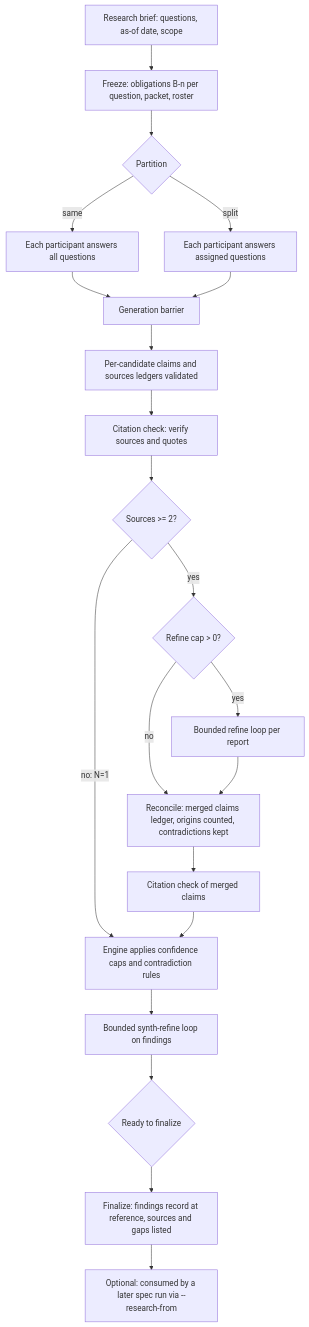
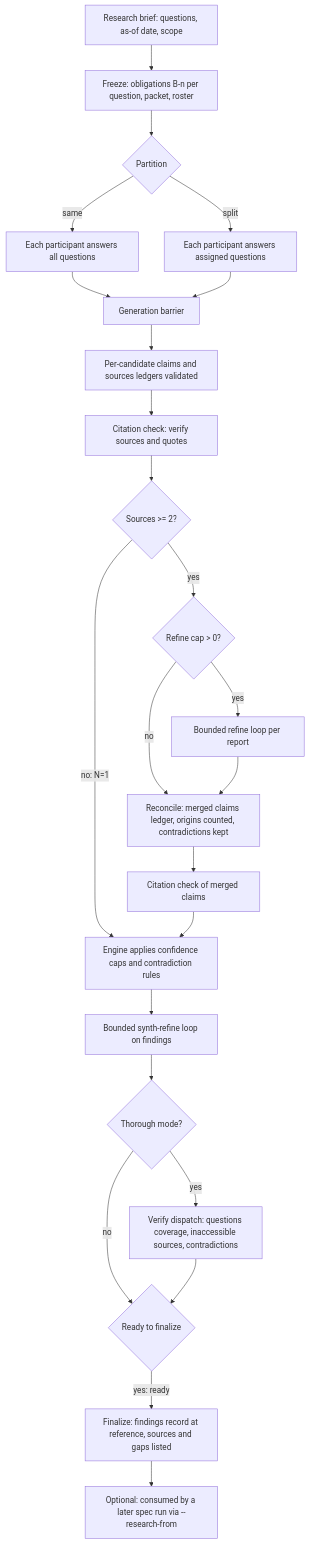
One commit to fariello/agent-workflows changed the third of 4 diagrams in .aw/records/specs/draft/20261024-specflow-03-yfz5u9-spec-research-synthesis.spec.md. Above: the diagram before and after it, drawn with Mermaid. The commit also changed other lines of this file and 1 other file, not shown here.

First line of the commit message:
docs(specs): refinement iteration 6 of candidate spec yfz5u9 (prompt khjc70; record yibf7z)

````diff
--- a/.aw/records/specs/draft/20261024-specflow-03-yfz5u9-spec-research-synthesis.spec.md
+++ b/.aw/records/specs/draft/20261024-specflow-03-yfz5u9-spec-research-synthesis.spec.md
@@ -1187,23 +1190,26 @@
 ```mermaid
 flowchart TD
     Q[Research brief: questions, as-of date, scope] --> F[Freeze: obligations B-n per question, packet, roster]
     F --> P{Partition}
     P -- same --> G1[Each participant answers all questions]
     P -- split --> G2[Each participant answers assigned questions]
     G1 --> B[Generation barrier]
     G2 --> B
     B --> CL[Per-candidate claims and sources ledgers validated]
     CL --> CC1[Citation check: verify sources and quotes]
     CC1 --> N{Sources >= 2?}
     N -- "no: N=1" --> CF
     N -- "yes" --> R{Refine cap > 0?}
     R -- yes --> RL[Bounded refine loop per report]
     R -- no --> S
     RL --> S[Reconcile: merged claims ledger, origins counted, contradictions kept]
     S --> CC2[Citation check of merged claims]
     CC2 --> CF[Engine applies confidence caps and contradiction rules]
     CF --> SR[Bounded synth-refine loop on findings]
-    SR --> D{Ready to finalize}
-    D --> FIN[Finalize: findings record at reference, sources and gaps listed]
+    SR --> V{Thorough mode?}
+    V -- yes --> VER[Verify dispatch: questions coverage, inaccessible sources, contradictions]
+    V -- no --> D{Ready to finalize}
+    VER --> D
+    D -->|yes: ready| FIN[Finalize: findings record at reference, sources and gaps listed]
     FIN --> OUT[Optional: consumed by a later spec run via --research-from]
 ```
````
